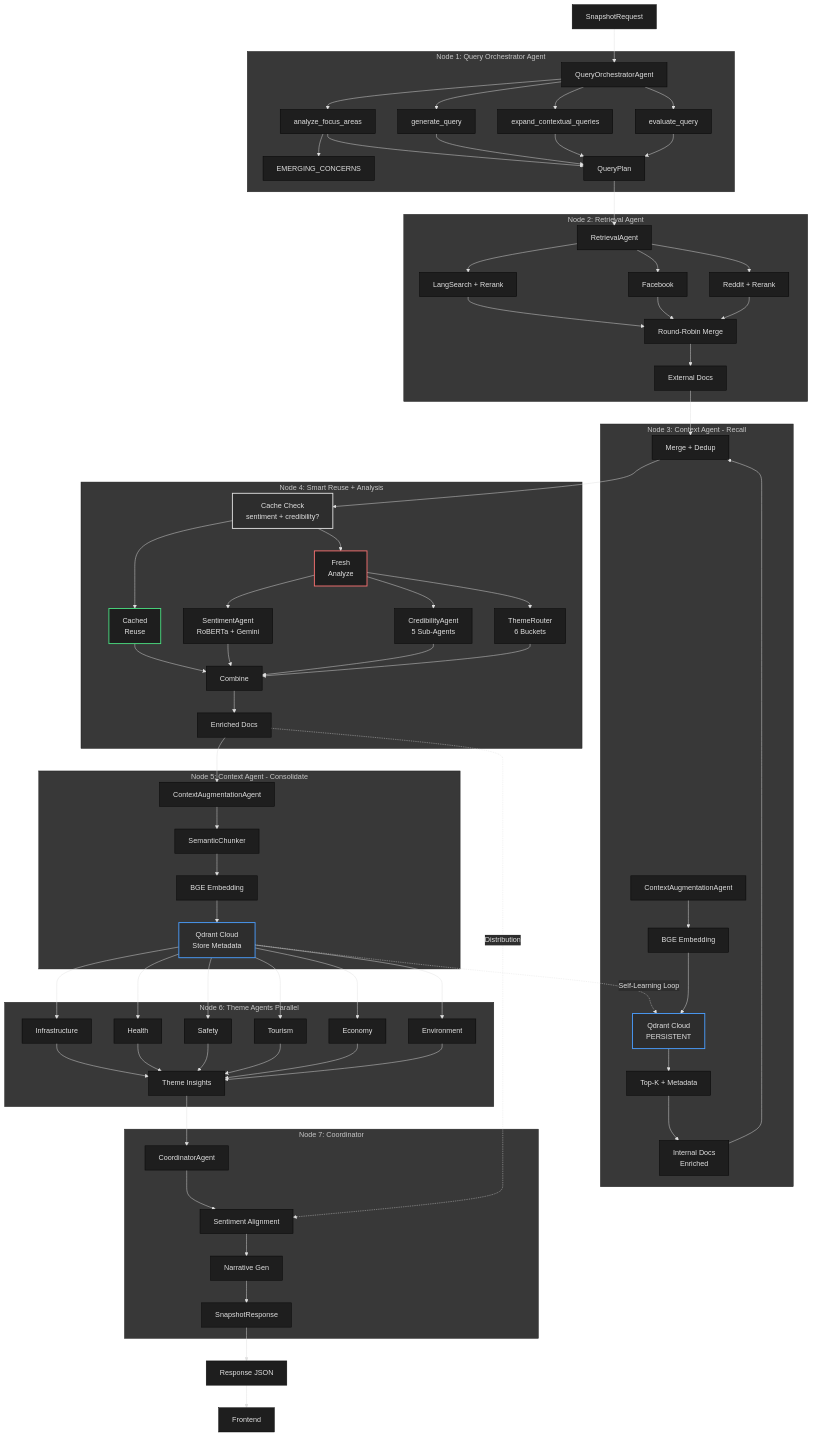
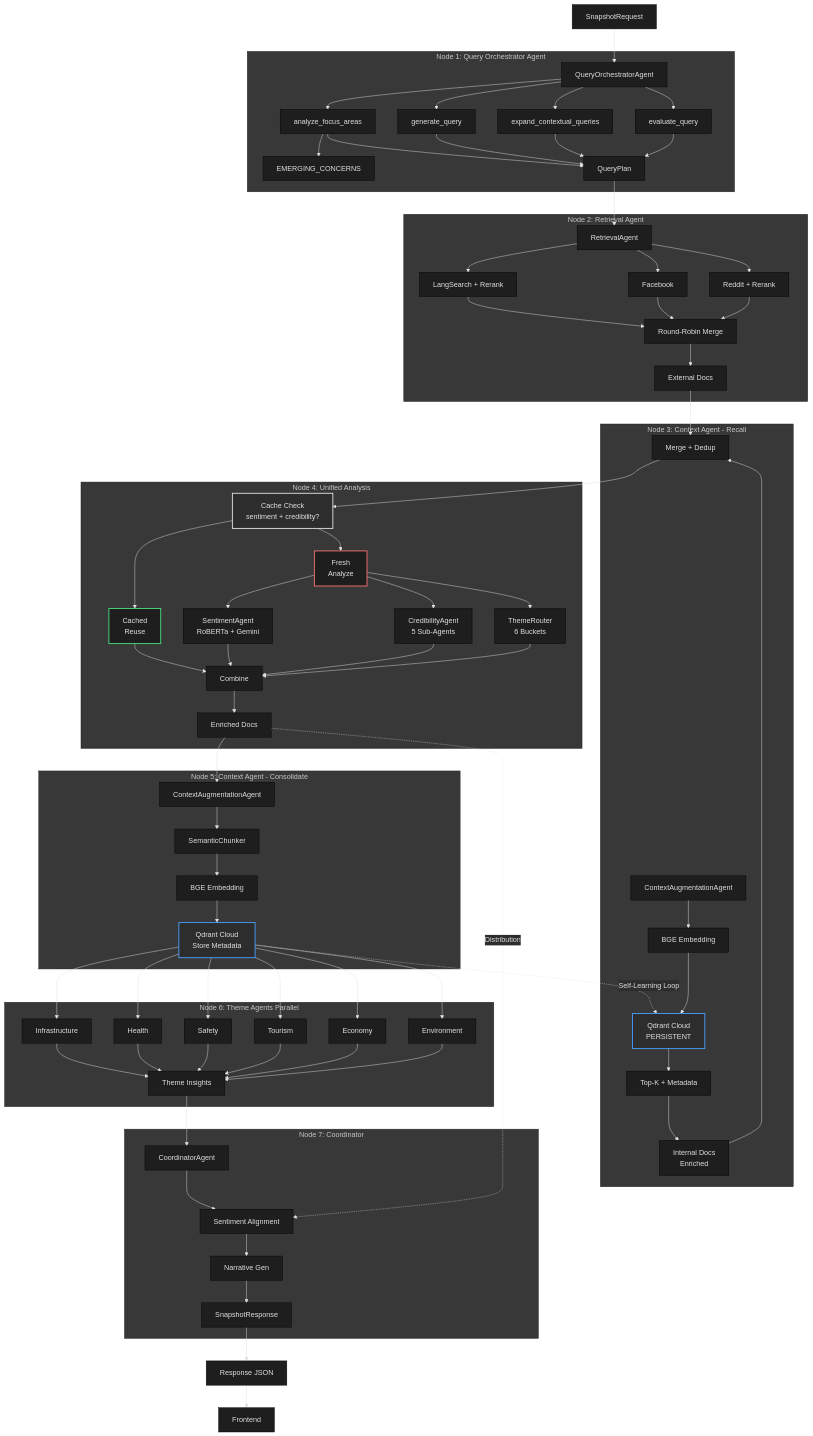
One commit to donyelqt/Hinaing changed the third of 10 diagrams in docs/ARCHITECTURE.md. Above: the diagram before and after it, drawn with Mermaid.

Commit message:
docs: rename Node 4 to Unified Analysis in architecture diagram

```diff
--- a/docs/ARCHITECTURE.md
+++ b/docs/ARCHITECTURE.md
@@ -477,7 +477,7 @@
         IntDocs --> MergedDocs
     end
 
-    subgraph Node4["Node 4: Smart Reuse + Analysis"]
+    subgraph Node4["Node 4: Unified Analysis"]
         Cache[Cache Check<br/>sentiment + credibility?]
         Cached[Cached<br/>Reuse]
         Fresh[Fresh<br/>Analyze]
```
